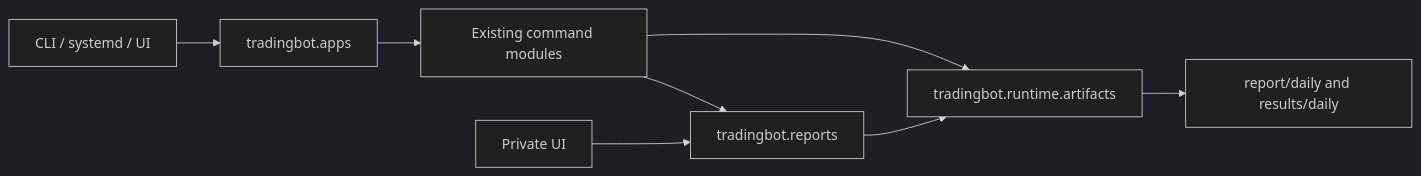
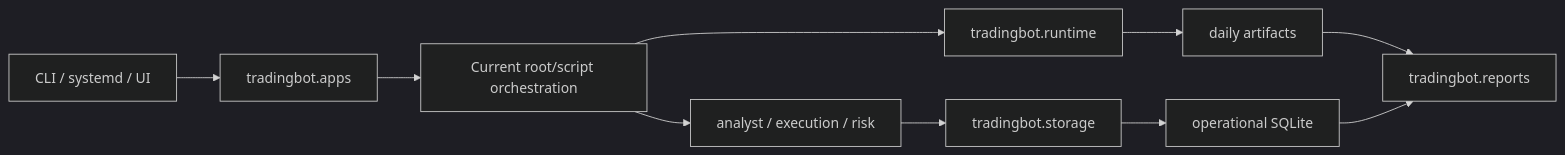
The diagram in docs/architecture/runtime_spine.md (huytdqhe180383/Trading-bot), drawn with Mermaid (dark theme) before and after one commit. The commit also changed other lines of this file and 42 other files, not shown here.

Commit message:
Restructure operational storage and documentation

````diff
--- a/docs/architecture/runtime_spine.md
+++ b/docs/architecture/runtime_spine.md
@@ -16,10 +6,12 @@
 ```mermaid
 flowchart LR
-  user["CLI / systemd / UI"] --> apps["tradingbot.apps"]
-  apps --> root["Existing command modules"]
-  root --> runtime["tradingbot.runtime.artifacts"]
-  root --> reports["tradingbot.reports"]
-  ui["Private UI"] --> reports
-  reports --> runtime
-  runtime --> artifacts["report/daily and results/daily"]
+  operator["CLI / systemd / UI"] --> apps["tradingbot.apps"]
+  apps --> orchestration["Current root/script orchestration"]
+  orchestration --> domain["analyst / execution / risk"]
+  domain --> storage["tradingbot.storage"]
+  orchestration --> runtime["tradingbot.runtime"]
+  runtime --> artifacts["daily artifacts"]
+  storage --> sqlite["operational SQLite"]
+  artifacts --> reports["tradingbot.reports"]
+  sqlite --> reports
 ```
````
